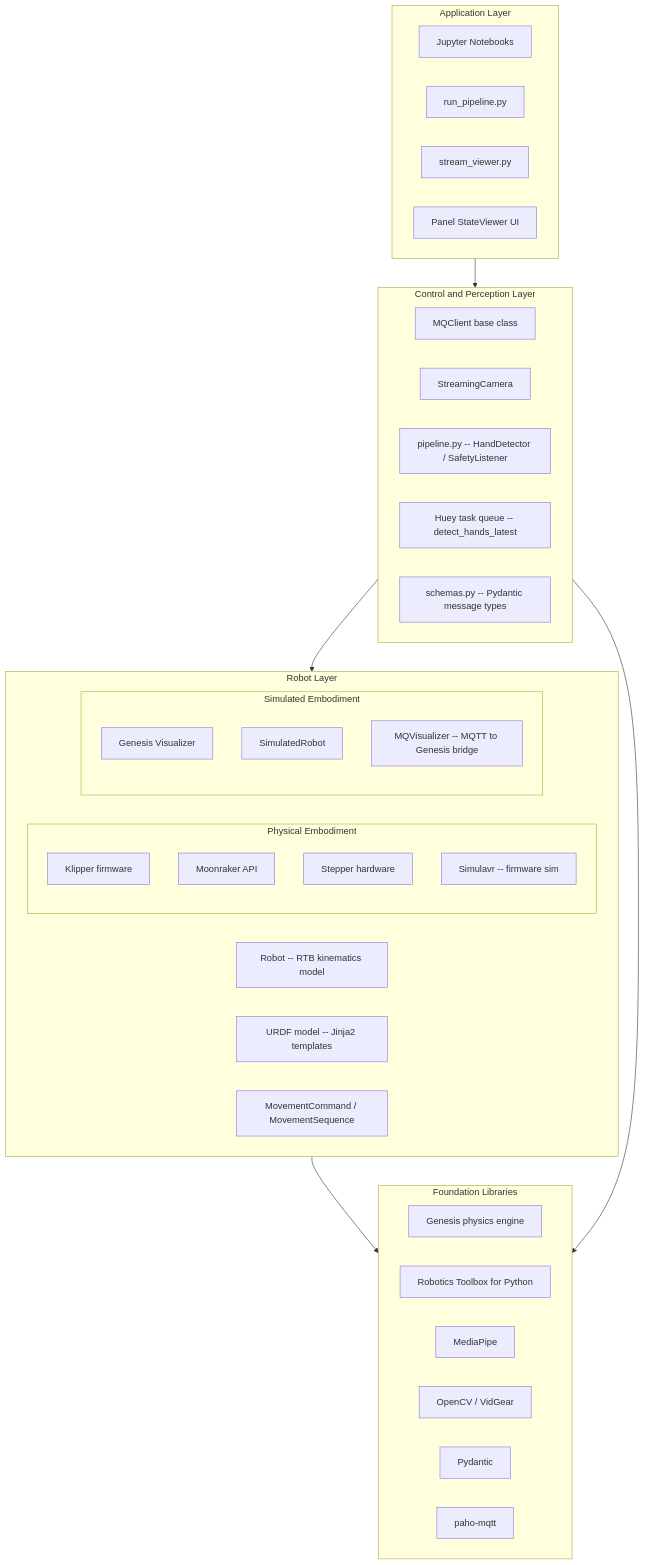
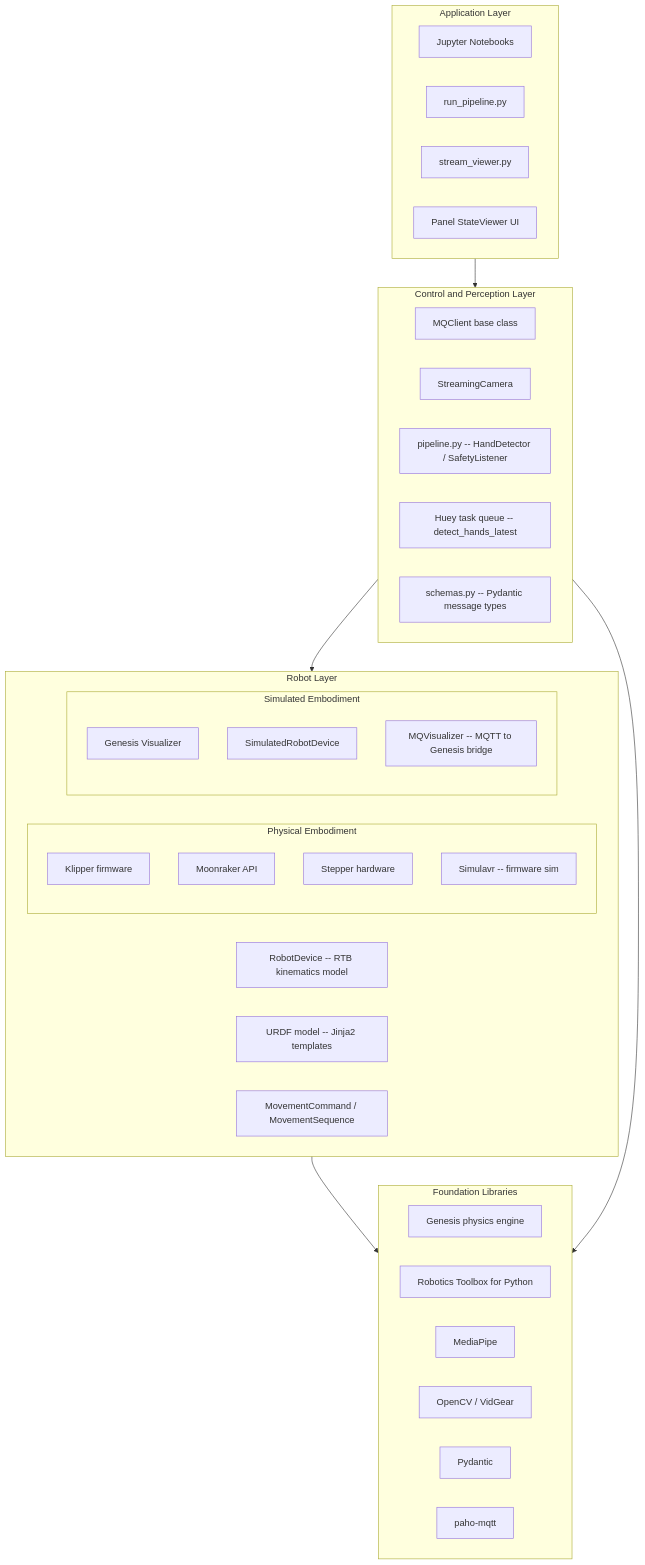
The first of 6 diagrams in docs/ARCHITECTURE.md (leogolds/ManiPylator), drawn with Mermaid before and after one commit. The commit also changed other lines of this file and 9 other files, not shown here.

````diff
--- a/docs/ARCHITECTURE.md
+++ b/docs/ARCHITECTURE.md
@@ -14,48 +14,48 @@
 ```mermaid
 graph TB
     subgraph app [Application Layer]
         Notebooks["Jupyter Notebooks"]
         RunPipeline["run_pipeline.py"]
         StreamViewerApp["stream_viewer.py"]
         PanelApp["Panel StateViewer UI"]
     end
 
     subgraph control [Control and Perception Layer]
         MQClient["MQClient base class"]
         StreamingCamera["StreamingCamera"]
         Pipeline["pipeline.py -- HandDetector / SafetyListener"]
         HueyTasks["Huey task queue -- detect_hands_latest"]
         Schemas["schemas.py -- Pydantic message types"]
     end
 
     subgraph robot [Robot Layer]
         subgraph physical [Physical Embodiment]
             Klipper["Klipper firmware"]
             Moonraker["Moonraker API"]
             Steppers["Stepper hardware"]
             Simulavr["Simulavr -- firmware sim"]
         end
         subgraph simulated [Simulated Embodiment]
             GenesisViz["Genesis Visualizer"]
-            SimRobot["SimulatedRobot"]
+            SimRobot["SimulatedRobotDevice"]
             MQViz["MQVisualizer -- MQTT to Genesis bridge"]
         end
-        RobotBase["Robot -- RTB kinematics model"]
+        RobotBase["RobotDevice -- RTB kinematics model"]
         URDF["URDF model -- Jinja2 templates"]
         MovementCmd["MovementCommand / MovementSequence"]
     end
 
     subgraph foundation [Foundation Libraries]
         Genesis["Genesis physics engine"]
         RTB["Robotics Toolbox for Python"]
         MediaPipe["MediaPipe"]
         OpenCV["OpenCV / VidGear"]
         Pydantic["Pydantic"]
         MQTT["paho-mqtt"]
     end
 
     app --> control
     control --> robot
     robot --> foundation
     control --> foundation
 ```
````
